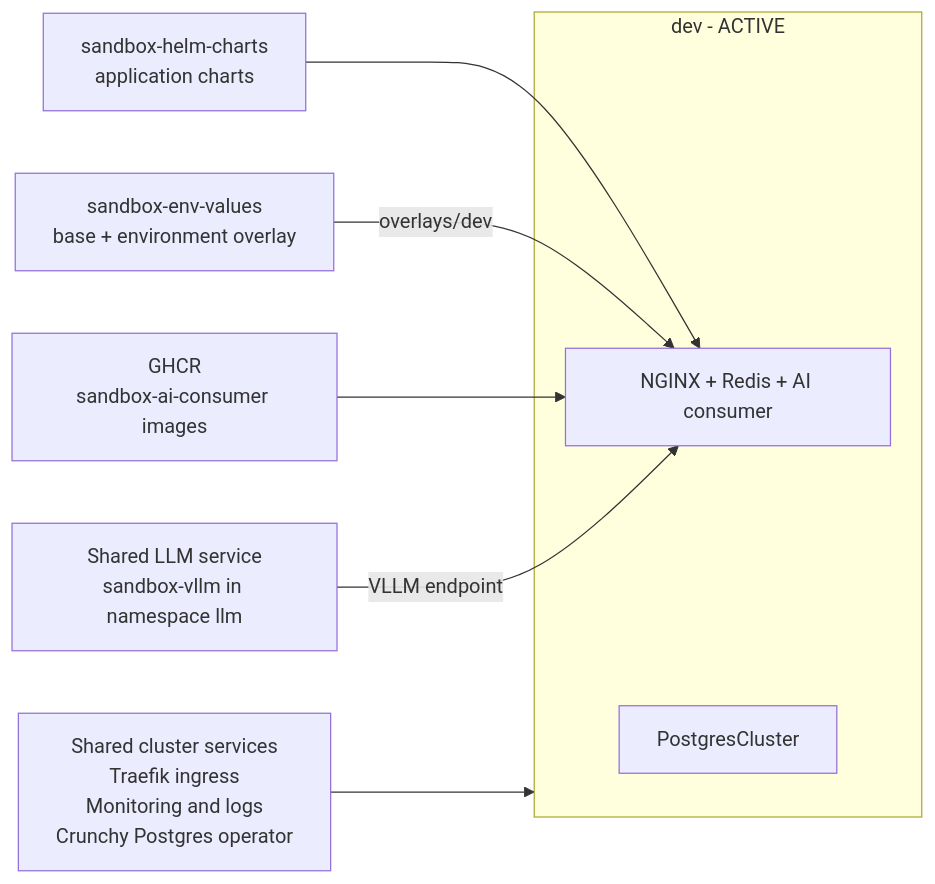
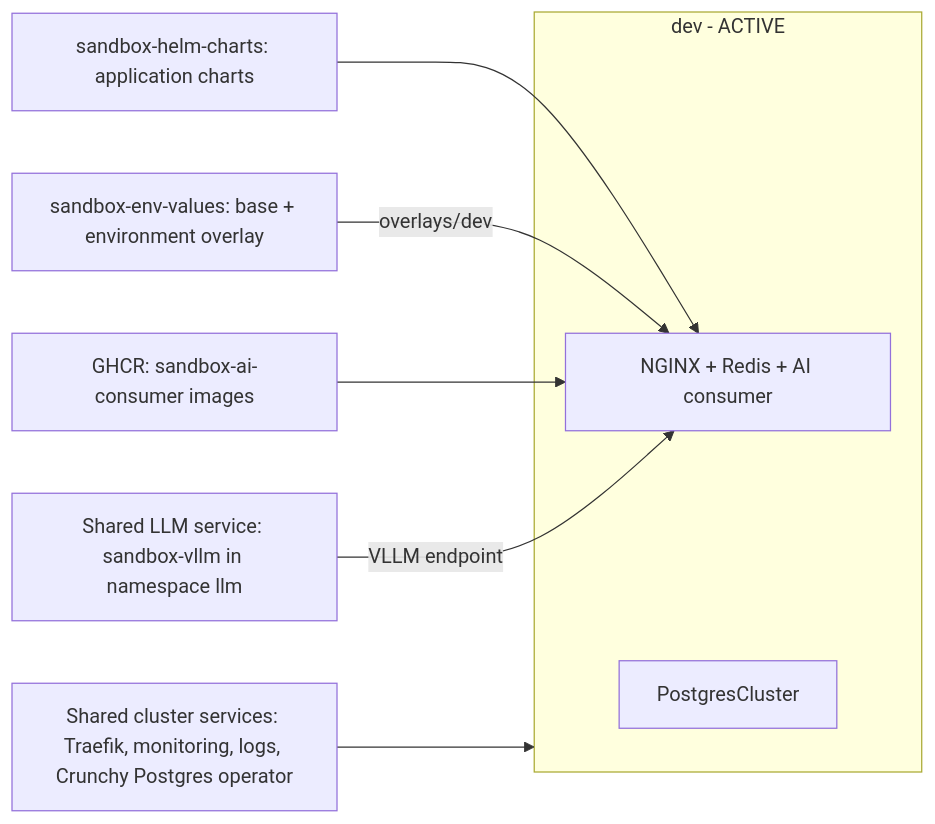
One commit to RobertKustra/sandbox-documentation changed the second of 2 diagrams in README.md. Above: the diagram before and after it, drawn with Mermaid. The commit also changed other lines of this file, not shown here.

Commit message:
Refactor mermaid diagram labels for consistency and clarity in README

````diff
--- a/README.md
+++ b/README.md
@@ -175,20 +175,20 @@
 ```mermaid
 flowchart LR
-  Charts["sandbox-helm-charts<br/>application charts"]
-  Values["sandbox-env-values<br/>base + environment overlay"]
-  GHCR["GHCR<br/>sandbox-ai-consumer images"]
+  Charts["sandbox-helm-charts: application charts"]
+  Values["sandbox-env-values: base + environment overlay"]
+  GHCR["GHCR: sandbox-ai-consumer images"]
 
-  Shared["Shared cluster services<br/>Traefik ingress<br/>Monitoring and logs<br/>Crunchy Postgres operator"]
-  LLM["Shared LLM service<br/>sandbox-vllm in namespace llm"]
+  Shared["Shared cluster services: Traefik, monitoring, logs, Crunchy Postgres operator"]
+  LLM["Shared LLM service: sandbox-vllm in namespace llm"]
 
   subgraph Dev[dev - ACTIVE]
     DevApps[NGINX + Redis + AI consumer]
     DevDB[PostgresCluster]
   end
 
   Charts --> DevApps
   Values -->|overlays/dev| DevApps
   GHCR --> DevApps
   Shared --> Dev
   LLM -->|VLLM endpoint| DevApps
 ```
````
